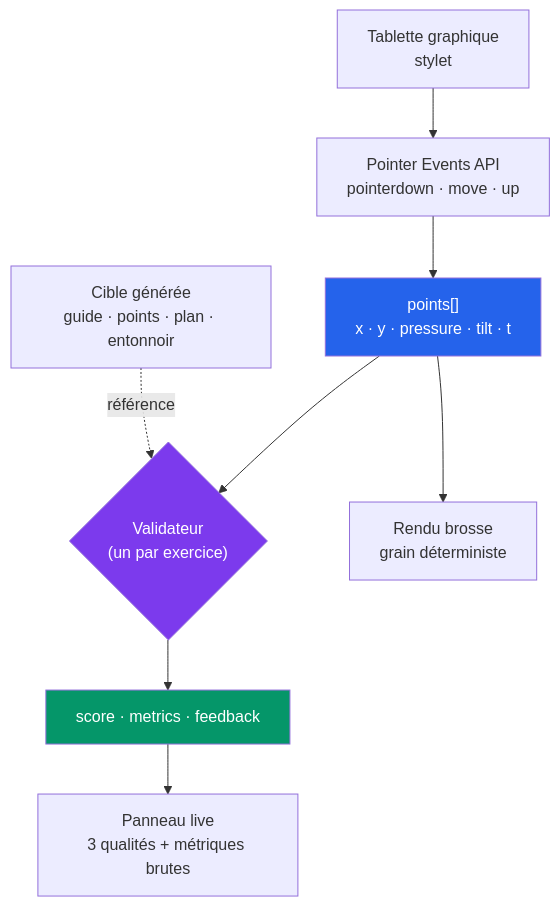
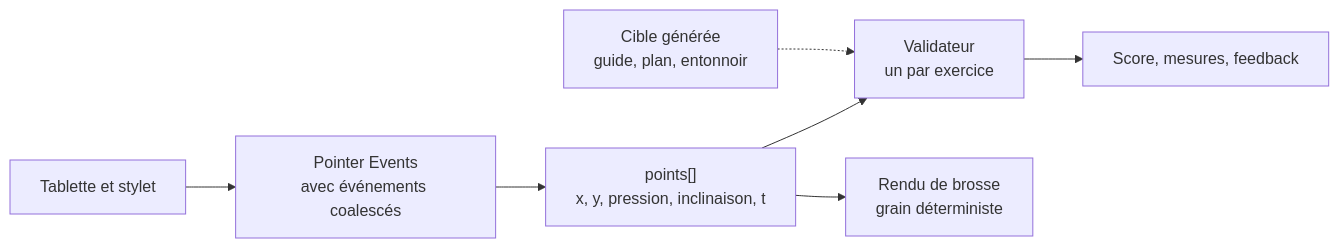
The diagram in README.md (Aminebousmah/HowDrawaBox), drawn with Mermaid before and after one commit. The commit also changed other lines of this file and 1 other file, not shown here.

Commit message:
docs: refonte du README avec resultats verifies et capture

````diff
--- a/README.md
+++ b/README.md
@@ -37,14 +37,9 @@
 ```mermaid
-flowchart TD
-    A["Tablette graphique<br/>stylet"] --> B["Pointer Events API<br/>pointerdown · move · up"]
-    B --> C["points[]<br/>x · y · pressure · tilt · t"]
-    C --> D{"Validateur<br/>(un par exercice)"}
-    T["Cible générée<br/>guide · points · plan · entonnoir"] -.référence.-> D
-    D --> E["score · metrics · feedback"]
-    E --> F["Panneau live<br/>3 qualités + métriques brutes"]
-    C --> G["Rendu brosse<br/>grain déterministe"]
-
-    style C fill:#2563eb,color:#fff
-    style D fill:#7c3aed,color:#fff
-    style E fill:#059669,color:#fff
+flowchart LR
+    A["Tablette et stylet"] --> B["Pointer Events<br/>avec événements coalescés"]
+    B --> C["points[]<br/>x, y, pression, inclinaison, t"]
+    T["Cible générée<br/>guide, plan, entonnoir"] -.-> D
+    C --> D["Validateur<br/>un par exercice"]
+    D --> E["Score, mesures, feedback"]
+    C --> G["Rendu de brosse<br/>grain déterministe"]
 ```
````
